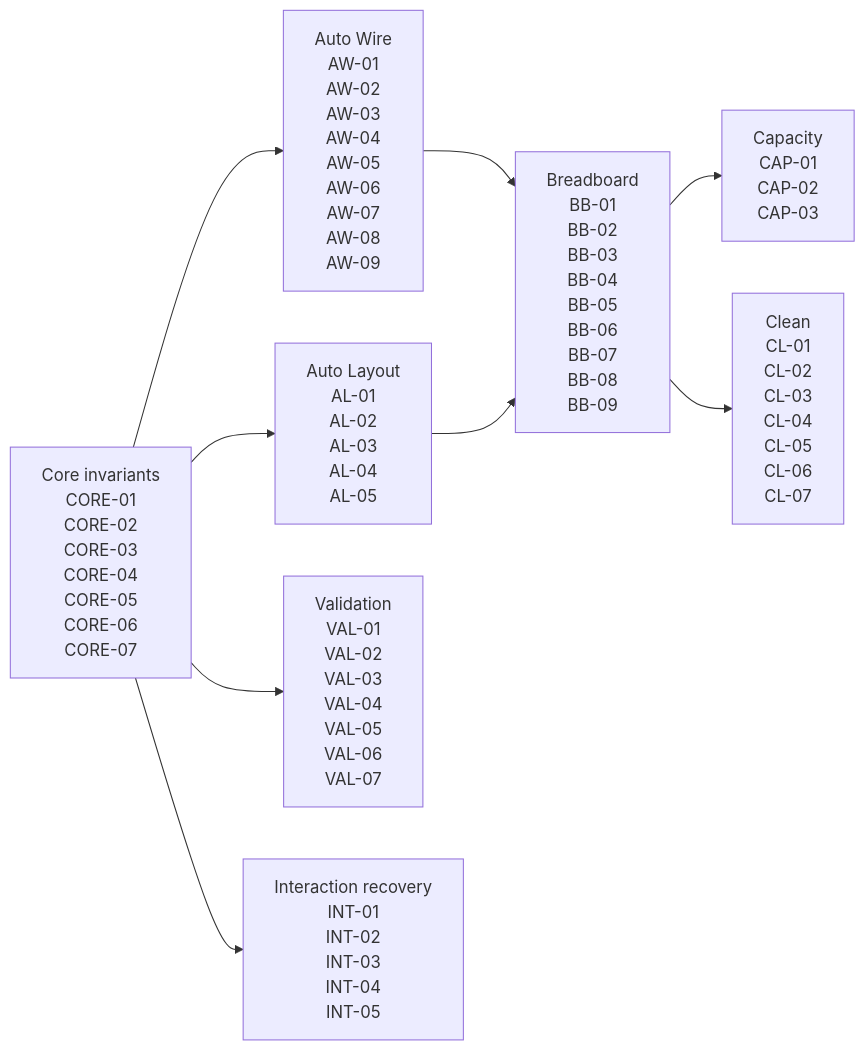
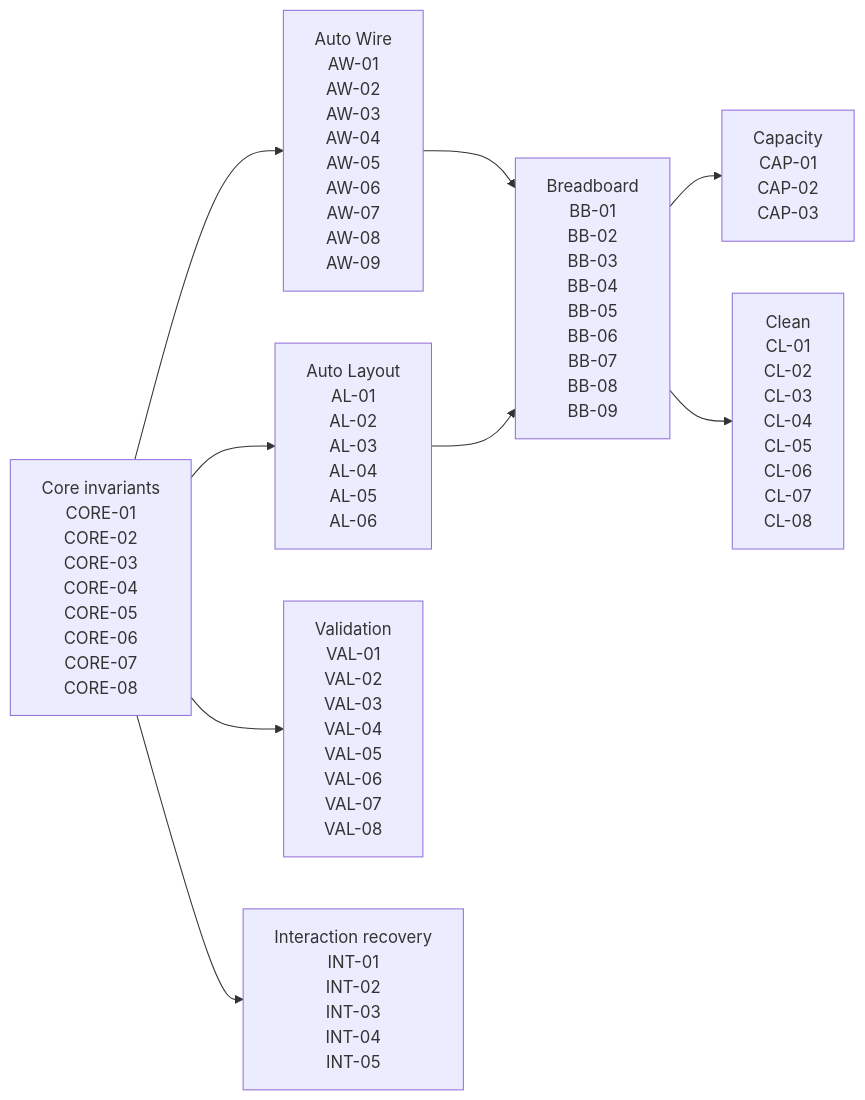
One commit to Ainmimdal/circuitsense changed the second of 9 diagrams in docs/SELF_HEALING_ENGINE.md. Above: the diagram before and after it, drawn with Mermaid. The commit also changed other lines of this file and 41 other files, not shown here.

````diff
--- a/docs/SELF_HEALING_ENGINE.md
+++ b/docs/SELF_HEALING_ENGINE.md
@@ -34,19 +37,19 @@
 ```mermaid
 flowchart LR
-    CORE["Core invariants<br/>CORE-01<br/>CORE-02<br/>CORE-03<br/>CORE-04<br/>CORE-05<br/>CORE-06<br/>CORE-07"]
+    CORE["Core invariants<br/>CORE-01<br/>CORE-02<br/>CORE-03<br/>CORE-04<br/>CORE-05<br/>CORE-06<br/>CORE-07<br/>CORE-08"]
     AW["Auto Wire<br/>AW-01<br/>AW-02<br/>AW-03<br/>AW-04<br/>AW-05<br/>AW-06<br/>AW-07<br/>AW-08<br/>AW-09"]
-    AL["Auto Layout<br/>AL-01<br/>AL-02<br/>AL-03<br/>AL-04<br/>AL-05"]
+    AL["Auto Layout<br/>AL-01<br/>AL-02<br/>AL-03<br/>AL-04<br/>AL-05<br/>AL-06"]
     BB["Breadboard<br/>BB-01<br/>BB-02<br/>BB-03<br/>BB-04<br/>BB-05<br/>BB-06<br/>BB-07<br/>BB-08<br/>BB-09"]
     CAP["Capacity<br/>CAP-01<br/>CAP-02<br/>CAP-03"]
-    CL["Clean<br/>CL-01<br/>CL-02<br/>CL-03<br/>CL-04<br/>CL-05<br/>CL-06<br/>CL-07"]
-    VAL["Validation<br/>VAL-01<br/>VAL-02<br/>VAL-03<br/>VAL-04<br/>VAL-05<br/>VAL-06<br/>VAL-07"]
+    CL["Clean<br/>CL-01<br/>CL-02<br/>CL-03<br/>CL-04<br/>CL-05<br/>CL-06<br/>CL-07<br/>CL-08"]
+    VAL["Validation<br/>VAL-01<br/>VAL-02<br/>VAL-03<br/>VAL-04<br/>VAL-05<br/>VAL-06<br/>VAL-07<br/>VAL-08"]
     INT["Interaction recovery<br/>INT-01<br/>INT-02<br/>INT-03<br/>INT-04<br/>INT-05"]
     CORE --> AW
     CORE --> AL
     CORE --> VAL
     CORE --> INT
     AW --> BB
     AL --> BB
     BB --> CAP
     BB --> CL
 ```
````
